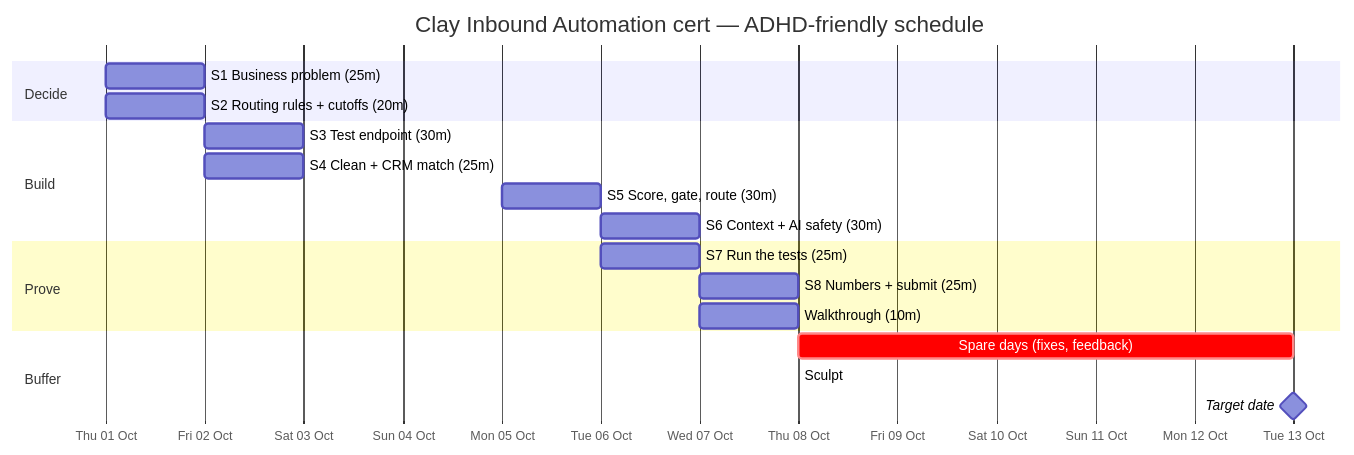
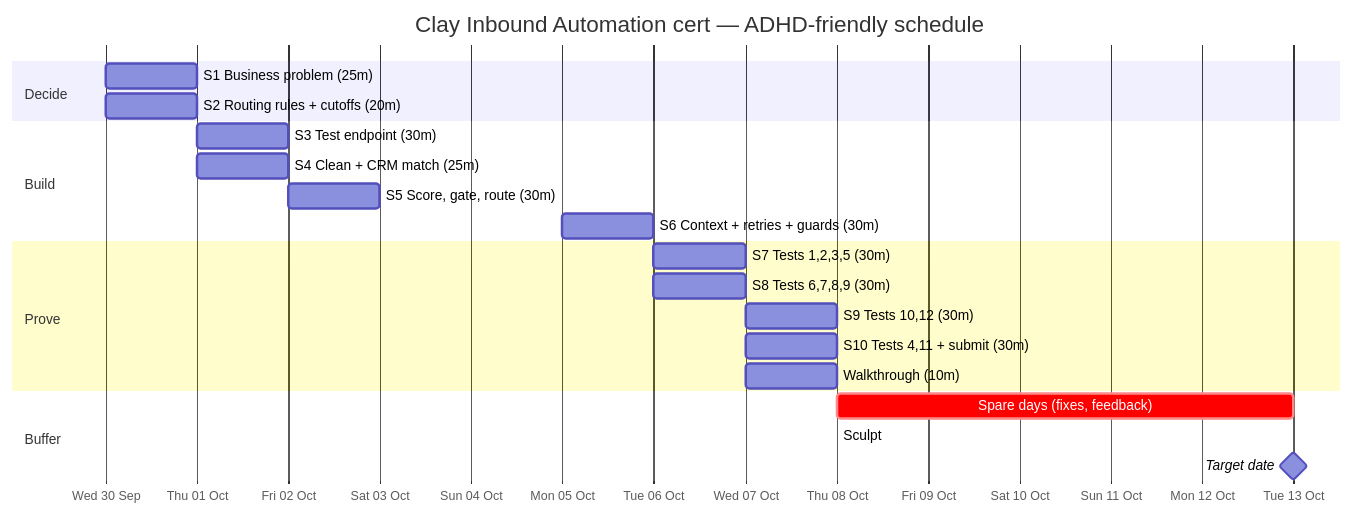
Before and after one commit to davidthierryknox-dot/davidknox-ai: the diagram in clay-cert-plan/PLAN.md, drawn with Mermaid. The commit also changed other lines of this file, not shown here.

First line of the commit message:
Use the real 12 tests, split testing across three sessions, add results log

````diff
--- a/clay-cert-plan/PLAN.md
+++ b/clay-cert-plan/PLAN.md
@@ -118,22 +129,24 @@
 ```mermaid
 gantt
     title Clay Inbound Automation cert — ADHD-friendly schedule
     dateFormat  YYYY-MM-DD
     axisFormat  %a %d %b
     section Decide
-    S1 Business problem (25m)        :s1, 2026-10-01, 1d
-    S2 Routing rules + cutoffs (20m) :s2, 2026-10-01, 1d
+    S1 Business problem (25m)          :s1, 2026-09-30, 1d
+    S2 Routing rules + cutoffs (20m)   :s2, 2026-09-30, 1d
     section Build
-    S3 Test endpoint (30m)           :s3, 2026-10-02, 1d
-    S4 Clean + CRM match (25m)       :s4, 2026-10-02, 1d
-    S5 Score, gate, route (30m)      :s5, 2026-10-05, 1d
-    S6 Context + AI safety (30m)     :s6, 2026-10-06, 1d
+    S3 Test endpoint (30m)             :s3, 2026-10-01, 1d
+    S4 Clean + CRM match (25m)         :s4, 2026-10-01, 1d
+    S5 Score, gate, route (30m)        :s5, 2026-10-02, 1d
+    S6 Context + retries + guards (30m):s6, 2026-10-05, 1d
     section Prove
-    S7 Run the tests (25m)           :s7, 2026-10-06, 1d
-    S8 Numbers + submit (25m)        :s8, 2026-10-07, 1d
-    Walkthrough (10m)                :w, 2026-10-07, 1d
+    S7 Tests 1,2,3,5 (30m)             :s7, 2026-10-06, 1d
+    S8 Tests 6,7,8,9 (30m)             :s8, 2026-10-06, 1d
+    S9 Tests 10,12 (30m)               :s9, 2026-10-07, 1d
+    S10 Tests 4,11 + submit (30m)      :s10, 2026-10-07, 1d
+    Walkthrough (10m)                  :w, 2026-10-07, 1d
     section Buffer
-    Spare days (fixes, feedback)     :crit, buf, 2026-10-08, 2026-10-13
-    Sculpt: certs issued             :milestone, 2026-10-08, 0d
-    Target date                      :milestone, 2026-10-13, 0d
+    Spare days (fixes, feedback)       :crit, buf, 2026-10-08, 2026-10-13
+    Sculpt: certs issued               :milestone, 2026-10-08, 0d
+    Target date                        :milestone, 2026-10-13, 0d
 ```
````
